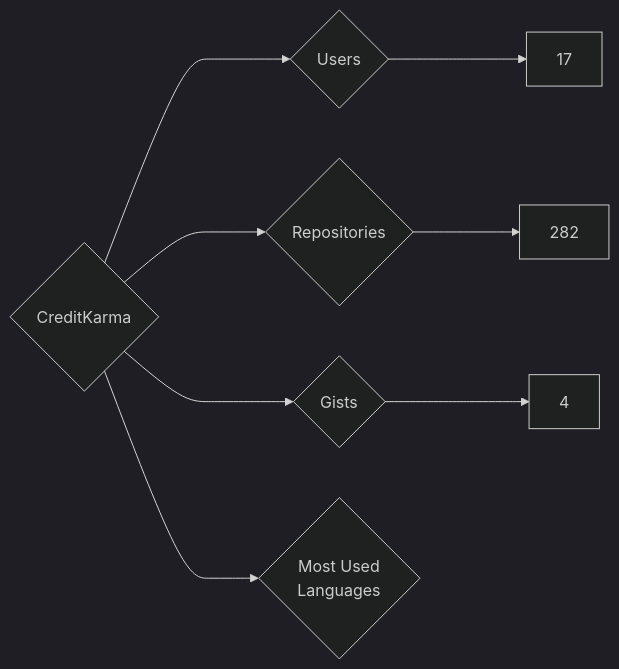
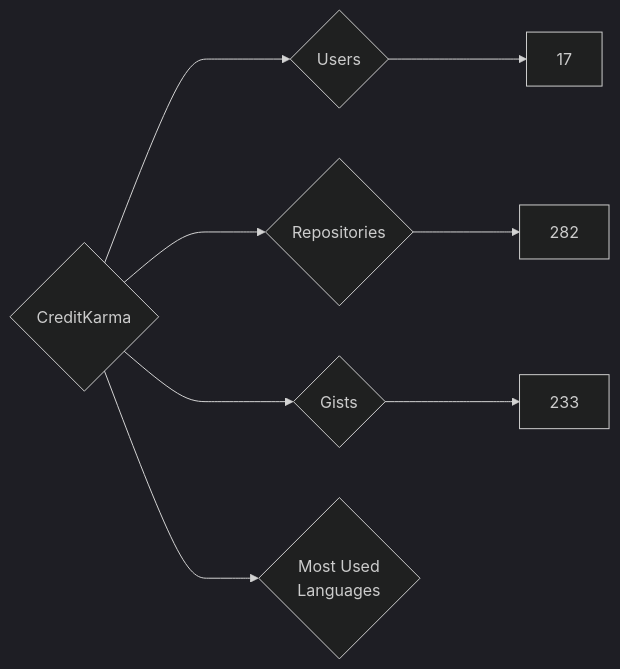
Before and after one commit to nenadzaric/insiders: the diagram in targets/CreditKarma/README.md, drawn with Mermaid (dark theme). The commit also changed 1342 other files, not shown here.

````diff
--- a/targets/CreditKarma/README.md
+++ b/targets/CreditKarma/README.md
@@ -3,8 +3,8 @@
 ```mermaid
 graph LR
 COMPANY_NAME{CreditKarma}
 COMPANY_NAME ---> U{Users} ---> UN[17]
 COMPANY_NAME ---> R{Repositories} ---> RN[282]
-COMPANY_NAME ---> G{Gists} ---> GN[4]
+COMPANY_NAME ---> G{Gists} ---> GN[233]
 COMPANY_NAME ---> ML{Most Used<br>Languages}
 ```
````
